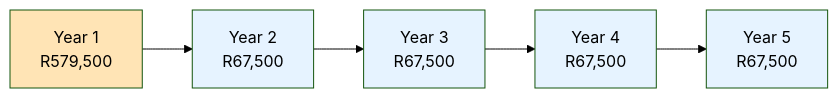
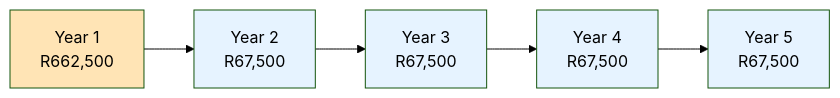
The fourth of 9 diagrams in docs/executive-summary.md (transnet-eduard-reitmann/locomotive-tracking-unit), drawn with Mermaid (forest theme) before and after one commit. The commit also changed other lines of this file and 16 other files, not shown here.

````diff
--- a/docs/executive-summary.md
+++ b/docs/executive-summary.md
@@ -89,13 +90,13 @@
 ```mermaid
 graph LR
-    A[Year 1<br/>R579,500] --> B[Year 2<br/>R67,500]
+    A[Year 1<br/>R662,500] --> B[Year 2<br/>R67,500]
     B --> C[Year 3<br/>R67,500]
     C --> D[Year 4<br/>R67,500]
     D --> E[Year 5<br/>R67,500]
     
     style A fill:#FFE4B5
     style B fill:#E6F3FF
     style C fill:#E6F3FF
     style D fill:#E6F3FF
     style E fill:#E6F3FF
 ```
````
